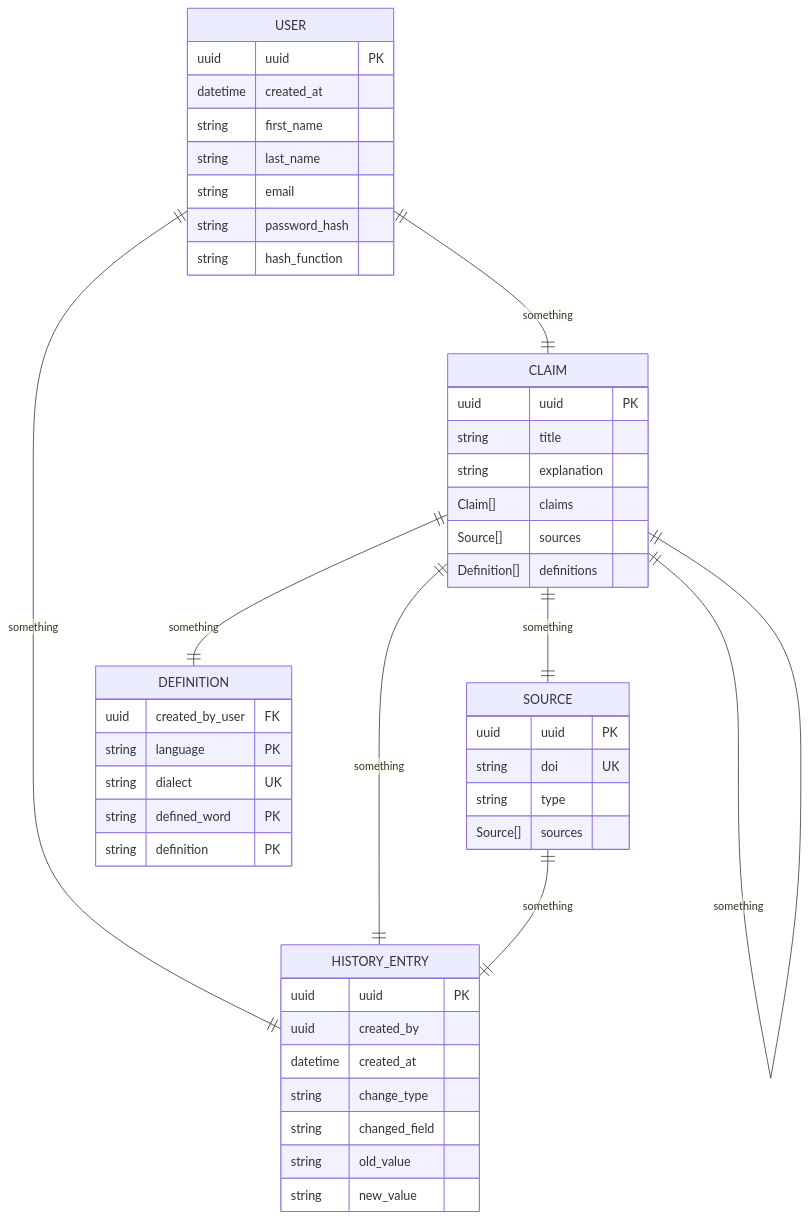
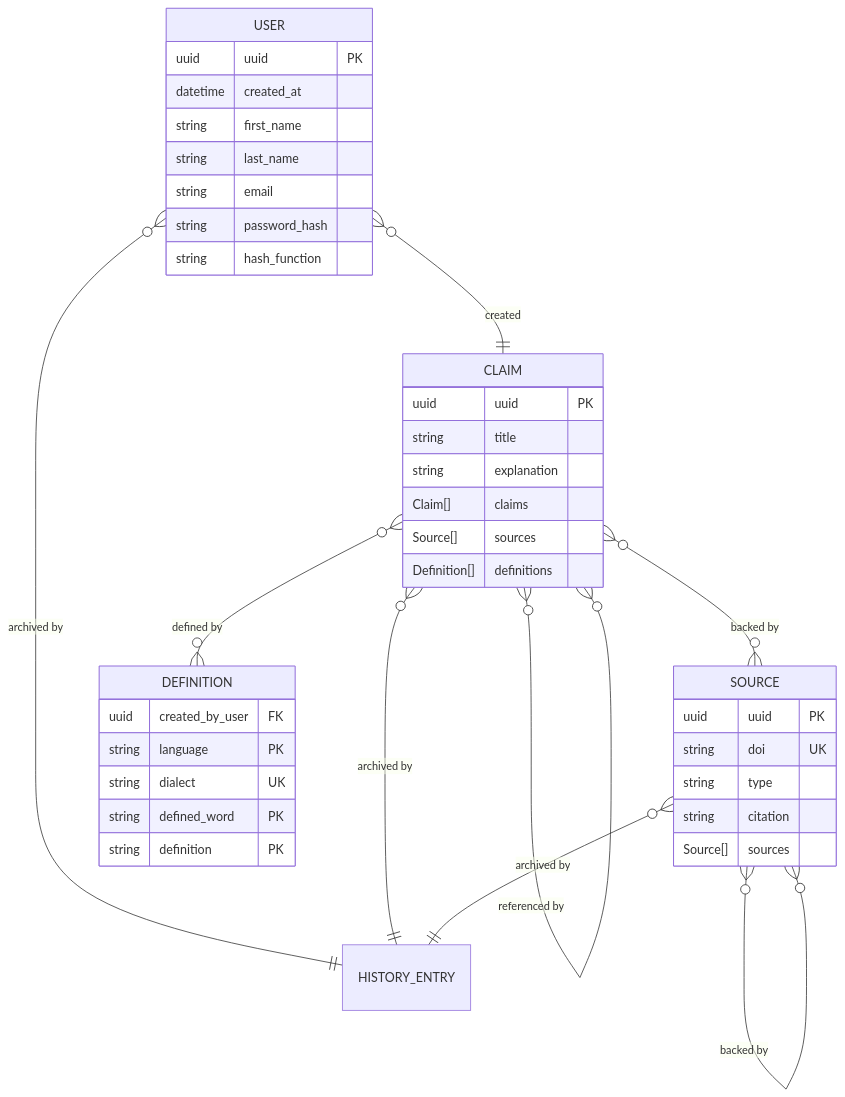
Before and after one commit to Goga-Barabadze/shelley: the diagram in docs/implementation/data-structure.md, drawn with Mermaid.

Commit message:
docs: add cardinalities to data-structure.md

````diff
--- a/docs/implementation/data-structure.md
+++ b/docs/implementation/data-structure.md
@@ -3,54 +3,48 @@
 ```mermaid
 erDiagram
     USER {
         uuid uuid PK
         datetime created_at
         string first_name
         string last_name
         string email
         string password_hash
         string hash_function
     }
 
     CLAIM {
         uuid uuid PK
         string title
         string explanation
         Claim[] claims
         Source[] sources
         Definition[] definitions
     }
 
     SOURCE {
         uuid uuid PK
         string doi UK
         string type
+        string citation
         Source[] sources
     }
 
     DEFINITION {
         uuid created_by_user FK
         string language PK
         string dialect UK
         string defined_word PK
         string definition PK
     }
 
-    HISTORY_ENTRY {
-        uuid uuid PK
-        uuid created_by
-        datetime created_at
-        string change_type
-        string changed_field
-        string old_value
-        string new_value
-    }
+    HISTORY_ENTRY {}
 
-    USER ||--|| HISTORY_ENTRY : something
-    USER ||--|| CLAIM : something
-    CLAIM ||--|| HISTORY_ENTRY : something
-    SOURCE ||--|| HISTORY_ENTRY : something
-    CLAIM ||--|| DEFINITION : something
-    CLAIM ||--|| CLAIM : something
-    CLAIM ||--|| SOURCE : something
+    USER }o--|| HISTORY_ENTRY : "archived by"
+    USER }o--|| CLAIM : created
+    CLAIM }o--|| HISTORY_ENTRY : "archived by"
+    SOURCE }o--|| HISTORY_ENTRY : "archived by"
+    CLAIM }o--o{ DEFINITION : "defined by"
+    CLAIM }o--o{ CLAIM : "referenced by"
+    CLAIM }o--o{ SOURCE : "backed by"
+    SOURCE }o--o{ SOURCE : "backed by"
 ```
````
